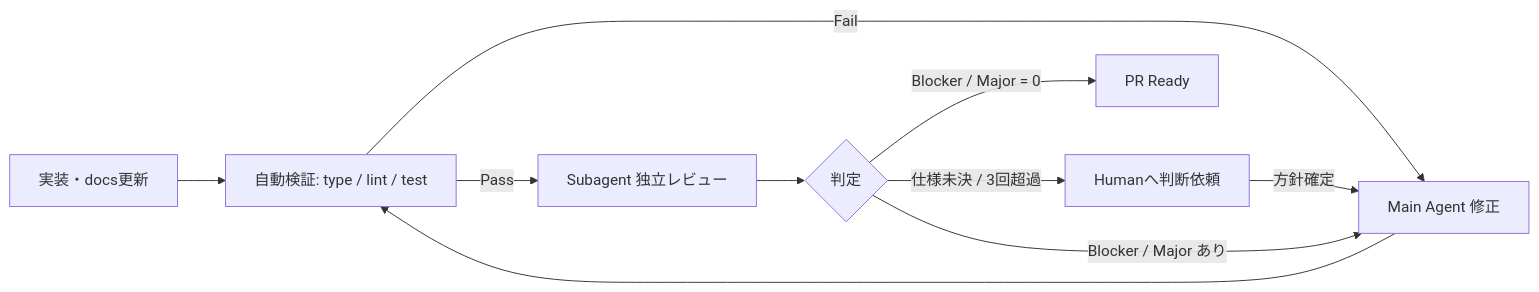
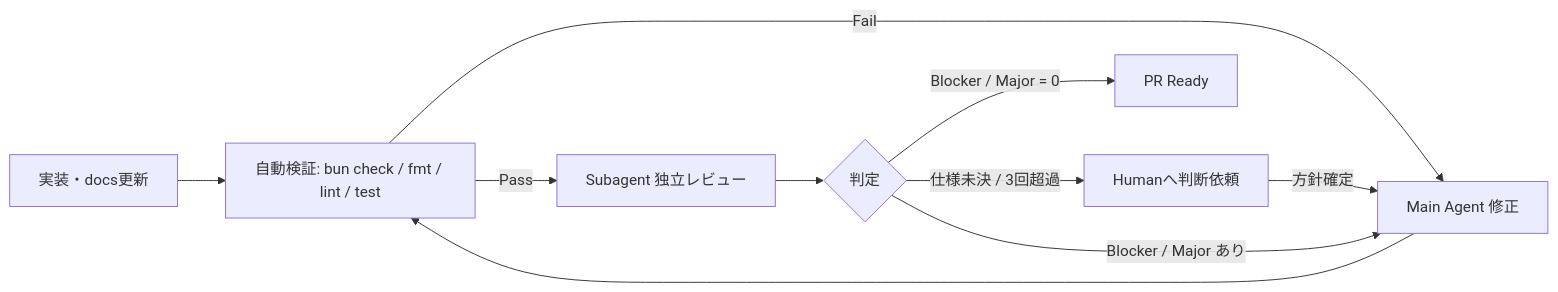
The third of 5 diagrams in docs/development-workflow.md (kkyosuke/bot-board), drawn with Mermaid before and after one commit. The commit also changed other lines of this file and 6 other files, not shown here.

````diff
--- a/docs/development-workflow.md
+++ b/docs/development-workflow.md
@@ -71,12 +71,12 @@
 ```mermaid
 flowchart LR
-  I["実装・docs更新"] --> C["自動検証: type / lint / test"]
+  I["実装・docs更新"] --> C["自動検証: bun check / fmt / lint / test"]
   C -- "Fail" --> F["Main Agent 修正"]
   C -- "Pass" --> R["Subagent 独立レビュー"]
   R --> J{"判定"}
   J -- "仕様未決 / 3回超過" --> H["Humanへ判断依頼"]
   H -- "方針確定" --> F
   J -- "Blocker / Major あり" --> F
   F --> C
   J -- "Blocker / Major = 0" --> P["PR Ready"]
 ```
````
